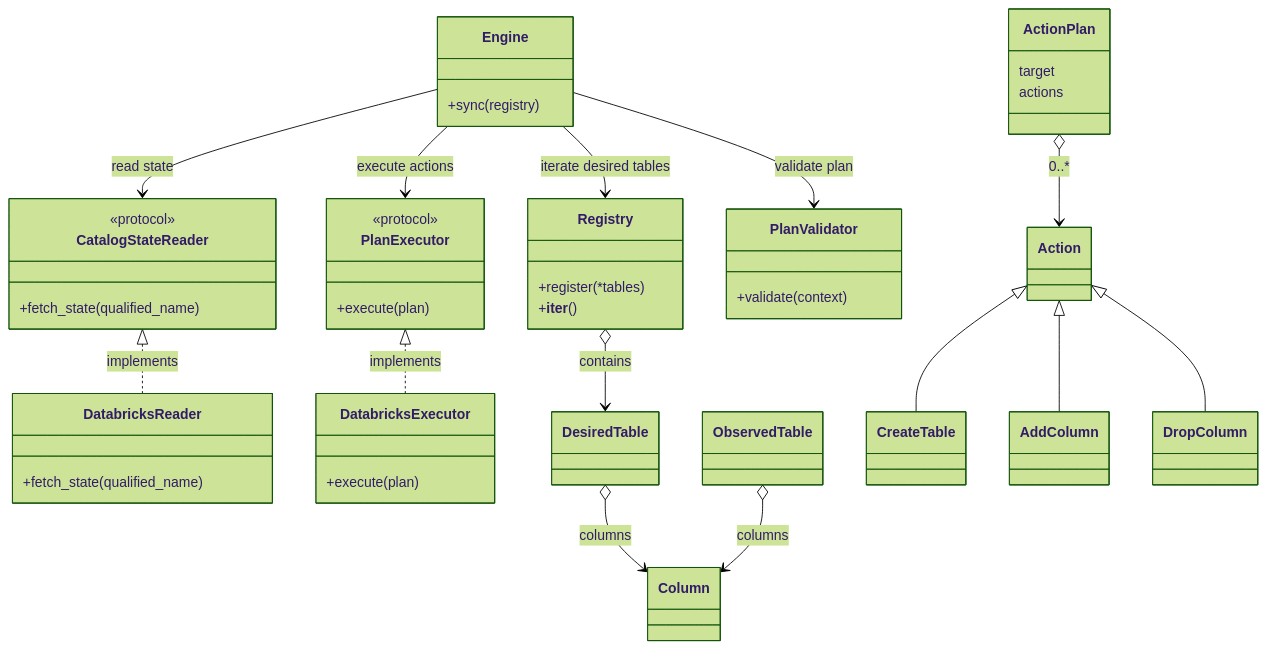
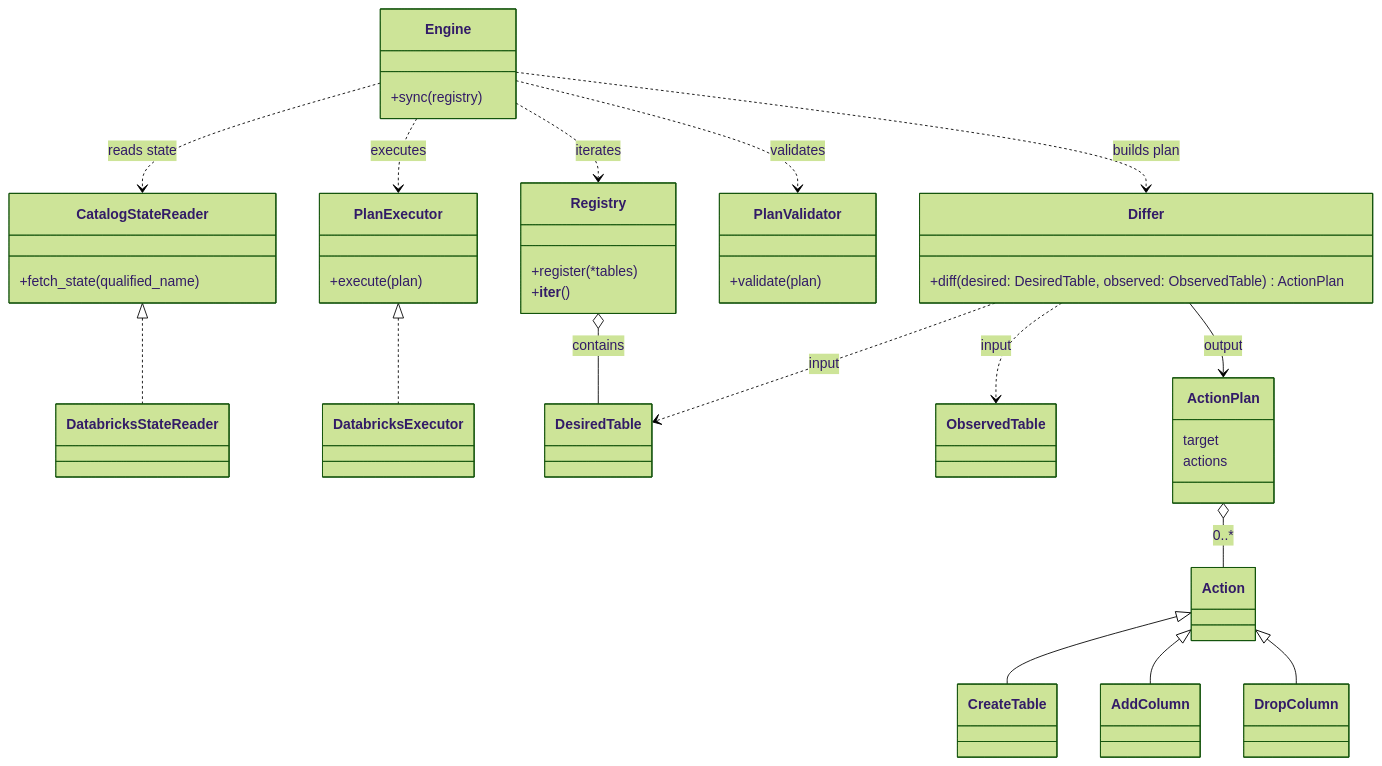
The first of 2 diagrams in delta-engine/docs/architecture.md (Tomoscorbin/delta-engine), drawn with Mermaid (forest theme) before and after one commit.

````diff
--- a/delta-engine/docs/architecture.md
+++ b/delta-engine/docs/architecture.md
@@ -7,55 +7,64 @@
 ```mermaid
 classDiagram
-    class Engine {
-      +sync(registry)
-    }
+    %% === Ports (interfaces the Engine talks to) ===
     class Registry {
       +register(*tables)
       +__iter__()
     }
     class CatalogStateReader {
-      <<protocol>>
       +fetch_state(qualified_name)
     }
+    class Differ {
+      +diff(desired: DesiredTable, observed: ObservedTable) ActionPlan
+    }
+    class PlanValidator {
+      +validate(plan)
+    }
     class PlanExecutor {
-      <<protocol>>
       +execute(plan)
     }
-    class PlanValidator {
-      +validate(context)
-    }
-    class DatabricksReader {
-      +fetch_state(qualified_name)
-    }
-    class DatabricksExecutor {
-      +execute(plan)
-    }
-    class Column
+
+    %% === Adapters (implementations) ===
+    class DatabricksStateReader
+    class DatabricksExecutor
+
+    %% === Domain types ===
     class DesiredTable
     class ObservedTable
+    class ActionPlan {
+      target
+      actions
+    }
     class Action
     class CreateTable
     class AddColumn
     class DropColumn
-    class ActionPlan {
-      target
-      actions
+    class Engine {
+      +sync(registry)
     }
 
-    Engine --> Registry : iterate desired tables
-    Engine --> CatalogStateReader : read state
-    Engine --> PlanValidator : validate plan
-    Engine --> PlanExecutor : execute actions
+    %% Engine depends on ports (dotted = lightweight dependency)
+    Engine ..> Registry : iterates
+    Engine ..> CatalogStateReader : reads state
+    Engine ..> Differ : builds plan
+    Engine ..> PlanValidator : validates
+    Engine ..> PlanExecutor : executes
 
-    CatalogStateReader <|.. DatabricksReader : implements
-    PlanExecutor <|.. DatabricksExecutor : implements
+    %% Port -> Adapter realizations
+    CatalogStateReader <|.. DatabricksStateReader
+    PlanExecutor <|.. DatabricksExecutor
 
-    Registry o--> DesiredTable : contains
-    DesiredTable o--> Column : columns
-    ObservedTable o--> Column : columns
+    %% Data/model relations
+    Registry o-- DesiredTable : contains
 
+    %% Differ inputs/outputs (as deps to avoid heavy graph)
+    Differ ..> DesiredTable : input
+    Differ ..> ObservedTable : input
+    Differ --> ActionPlan : output
+
+    %% Plan structure
+    ActionPlan o-- Action : 0..*
     Action <|-- CreateTable
     Action <|-- AddColumn
     Action <|-- DropColumn
-    ActionPlan o--> Action : 0..*
 ```
````
